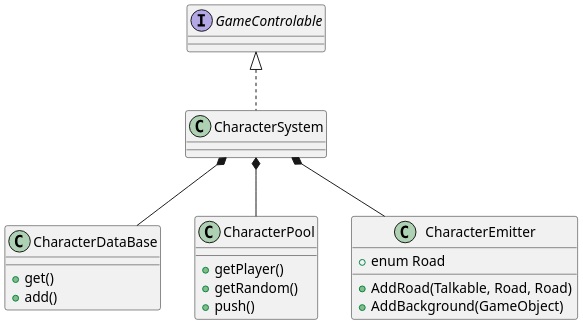
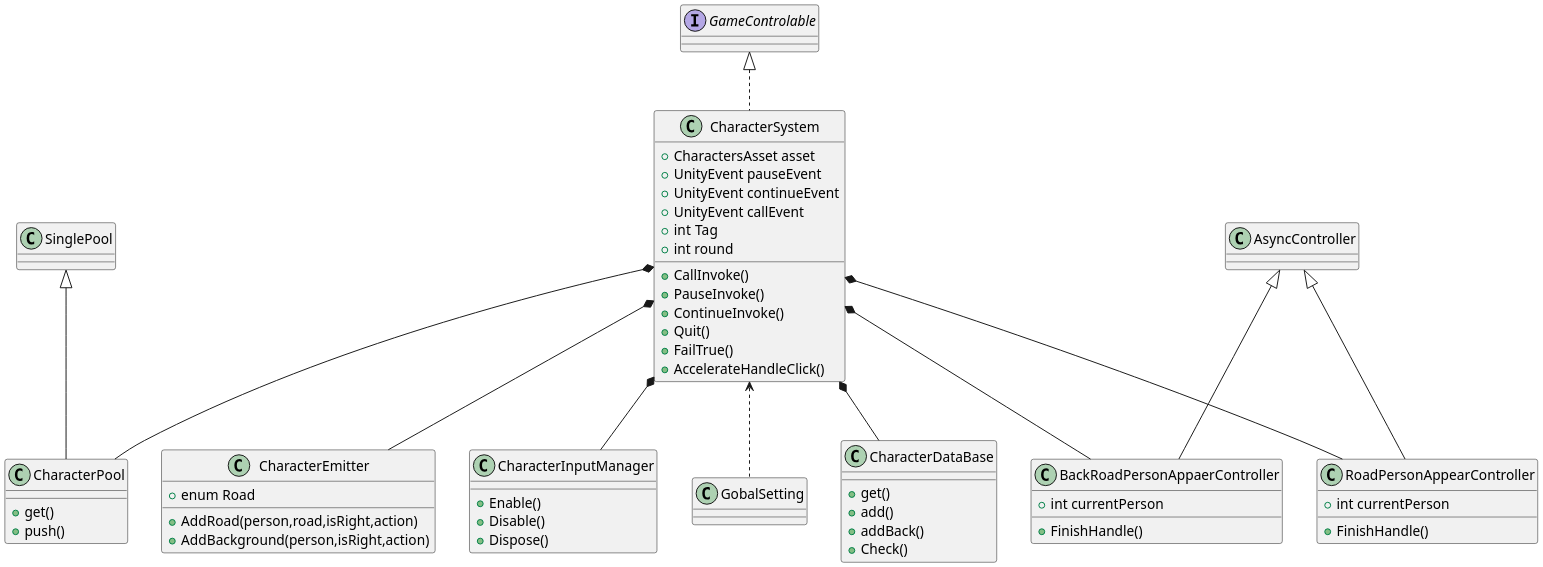
The diagram in UML/MiniGames/VolunteerGame/CharacterSystem.plantuml (Aeglir/Macau-journey), drawn with PlantUML before and after one commit. The commit also changed 4 other files, not shown here.

```diff
--- a/UML/MiniGames/VolunteerGame/CharacterSystem.plantuml
+++ b/UML/MiniGames/VolunteerGame/CharacterSystem.plantuml
@@ -1,34 +1,65 @@
 @startuml CharacterSystem
 skinparam Dpi 200
 
 class CharacterSystem implements GameControlable
 {
-}
-interface GameControlable
-{
-
+    +CharactersAsset asset
+    +UnityEvent pauseEvent
+    +UnityEvent continueEvent
+    +UnityEvent callEvent
+    +int Tag
+    +int round
+    +CallInvoke()
+    +PauseInvoke()
+    +ContinueInvoke()
+    +Quit()
+    +FailTrue()
+    +AccelerateHandleClick()
 }
 class CharacterDataBase
 {
     +get()
     +add()
+    +addBack()
+    +Check()
 }
-class CharacterPool
+class CharacterPool extends SinglePool
 {
-    +getPlayer()
-    +getRandom()
+    +get()
     +push()
 }
 class CharacterEmitter
 {
     +enum Road
-    +AddRoad(Talkable, Road, Road)
-    +AddBackground(GameObject)
+    +AddRoad(person,road,isRight,action)
+    +AddBackground(person,isRight,action)
 }
+class RoadPersonAppearController extends AsyncController
+{
+    +int currentPerson
+    +FinishHandle()
+}
+class BackRoadPersonAppaerController extends AsyncController
+{
+    +int currentPerson
+    +FinishHandle()
+}
+class CharacterInputManager
+{
+    +Enable()
+    +Disable()
+    +Dispose()
+}
+
+class GobalSetting
 
 
 CharacterSystem *-- CharacterPool
 CharacterSystem *-- CharacterDataBase
 CharacterSystem *-- CharacterEmitter
+CharacterSystem *-- RoadPersonAppearController
+CharacterSystem *-- BackRoadPersonAppaerController
+CharacterSystem *-- CharacterInputManager
+CharacterSystem <.. GobalSetting
 
 @enduml
```
